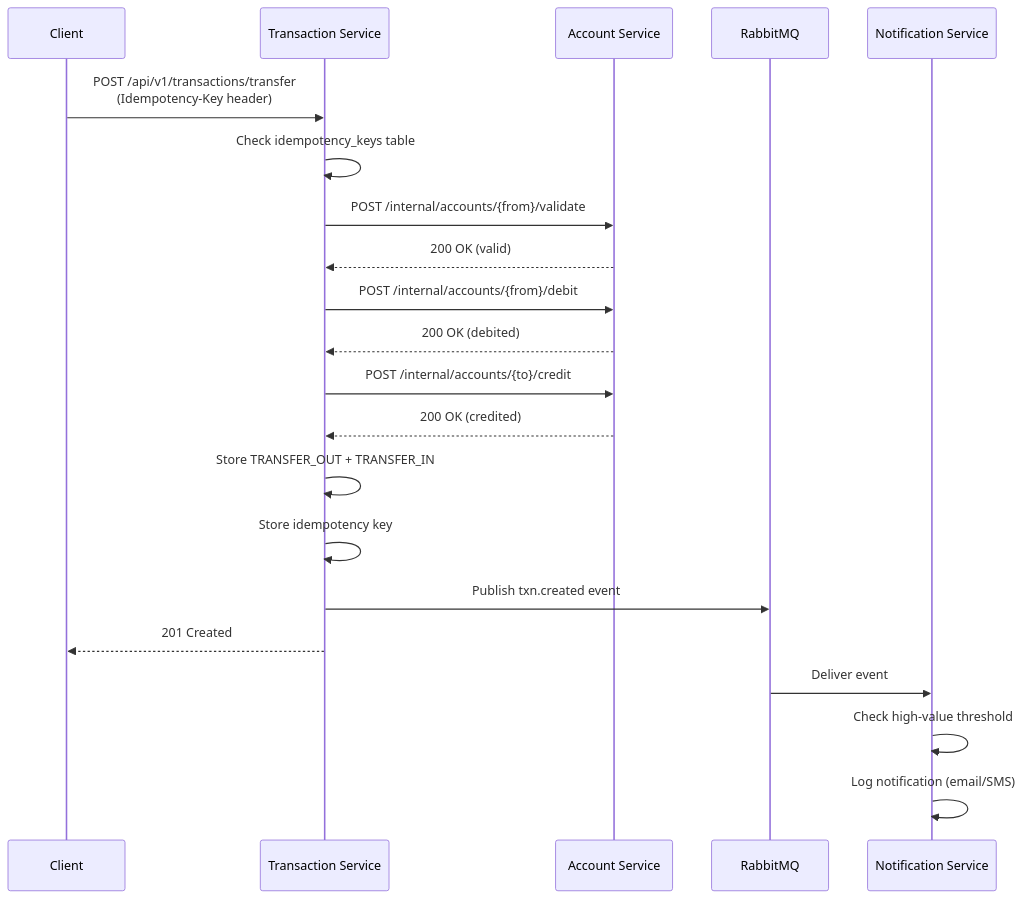
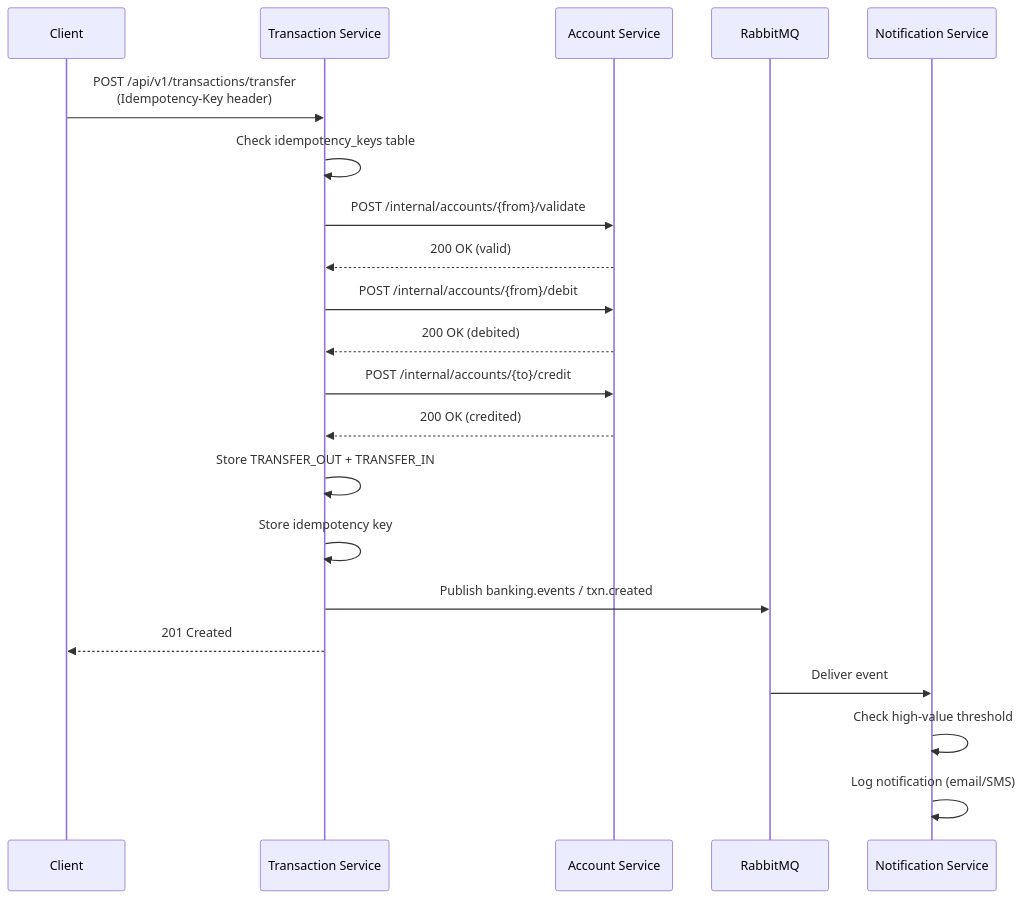
The second of 7 diagrams in docs/documentation.md (Jayalakshmi-ctrl/banking-system), drawn with Mermaid before and after one commit. The commit also changed other lines of this file and 4 other files, not shown here.

````diff
--- a/docs/documentation.md
+++ b/docs/documentation.md
@@ -96,24 +96,24 @@
 ```mermaid
 sequenceDiagram
     participant C as Client
     participant TS as Transaction Service
     participant AS as Account Service
     participant RMQ as RabbitMQ
     participant NS as Notification Service
 
     C->>TS: POST /api/v1/transactions/transfer<br/>(Idempotency-Key header)
     TS->>TS: Check idempotency_keys table
     TS->>AS: POST /internal/accounts/{from}/validate
     AS-->>TS: 200 OK (valid)
     TS->>AS: POST /internal/accounts/{from}/debit
     AS-->>TS: 200 OK (debited)
     TS->>AS: POST /internal/accounts/{to}/credit
     AS-->>TS: 200 OK (credited)
     TS->>TS: Store TRANSFER_OUT + TRANSFER_IN
     TS->>TS: Store idempotency key
-    TS->>RMQ: Publish txn.created event
+    TS->>RMQ: Publish banking.events / txn.created
     TS-->>C: 201 Created
     RMQ->>NS: Deliver event
     NS->>NS: Check high-value threshold
     NS->>NS: Log notification (email/SMS)
 ```
````
